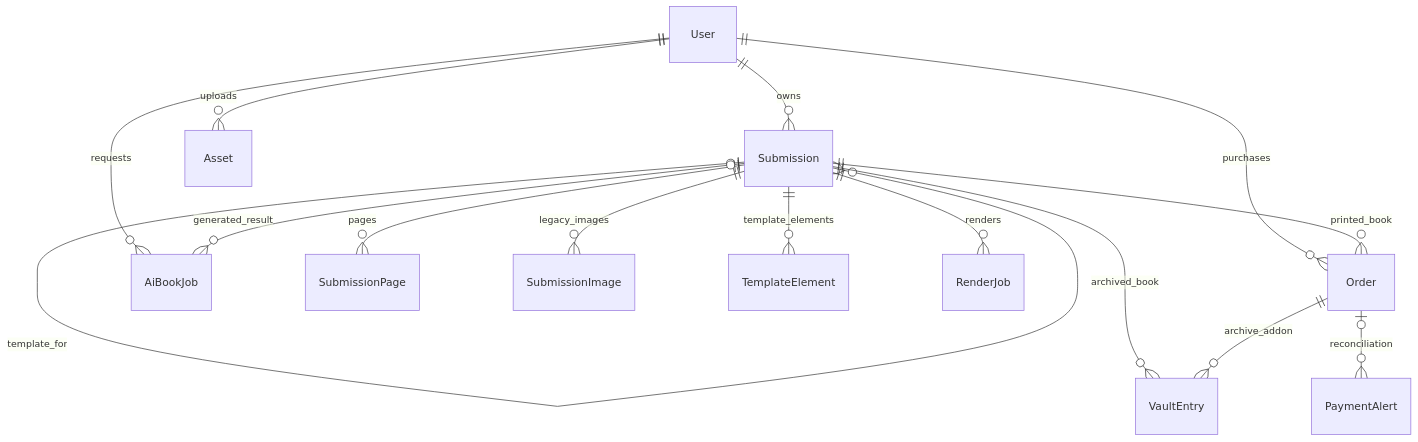
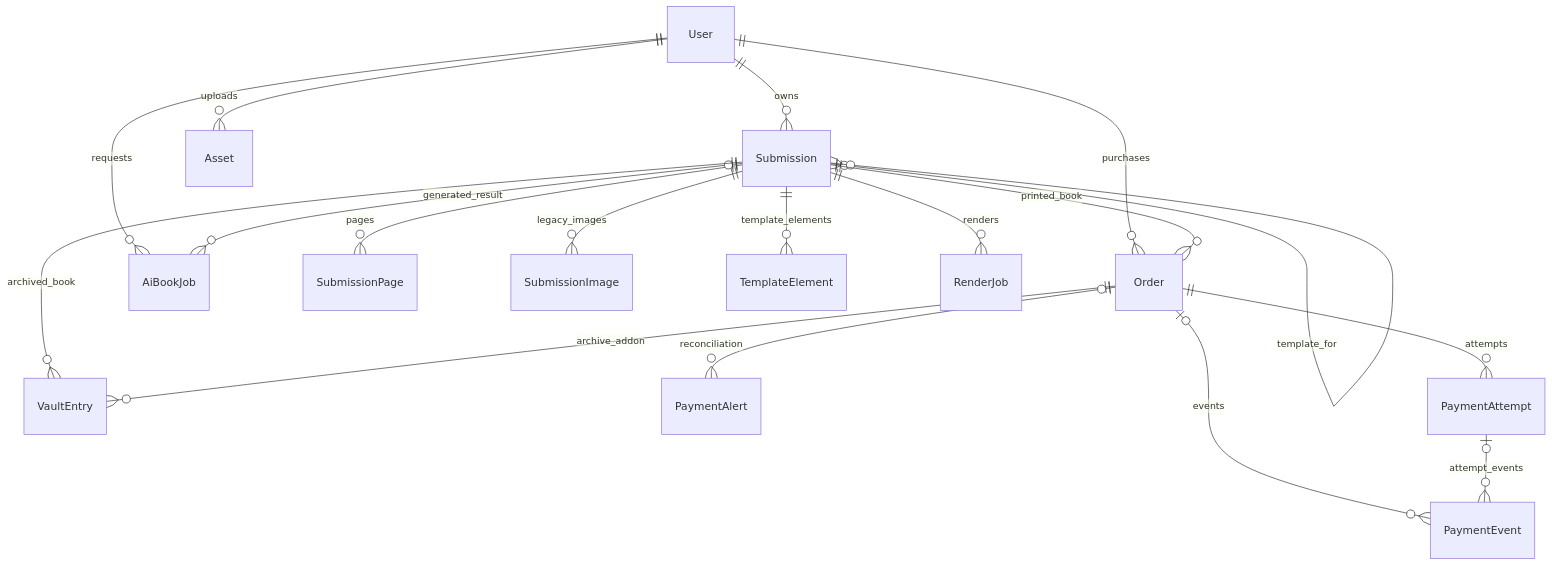
Before and after one commit to Crowdspender/titchybooks-app: the diagram in docs/phase-0/DATABASE_SCHEMA_AUDIT.md, drawn with Mermaid. The commit also changed other lines of this file and 10 other files, not shown here.

````diff
--- a/docs/phase-0/DATABASE_SCHEMA_AUDIT.md
+++ b/docs/phase-0/DATABASE_SCHEMA_AUDIT.md
@@ -306,17 +374,20 @@
 ```mermaid
 erDiagram
   User ||--o{ Submission : owns
   User ||--o{ Asset : uploads
   User ||--o{ Order : purchases
   User ||--o{ AiBookJob : requests
   Submission o|--o{ Submission : template_for
   Submission ||--o{ SubmissionPage : pages
   Submission ||--o{ SubmissionImage : legacy_images
   Submission ||--o{ TemplateElement : template_elements
   Submission ||--o{ RenderJob : renders
   Submission o|--o{ AiBookJob : generated_result
   Submission ||--o{ Order : printed_book
   Submission ||--o{ VaultEntry : archived_book
   Order ||--o{ VaultEntry : archive_addon
   Order o|--o{ PaymentAlert : reconciliation
+  Order ||--o{ PaymentAttempt : attempts
+  Order o|--o{ PaymentEvent : events
+  PaymentAttempt o|--o{ PaymentEvent : attempt_events
 ```
````
